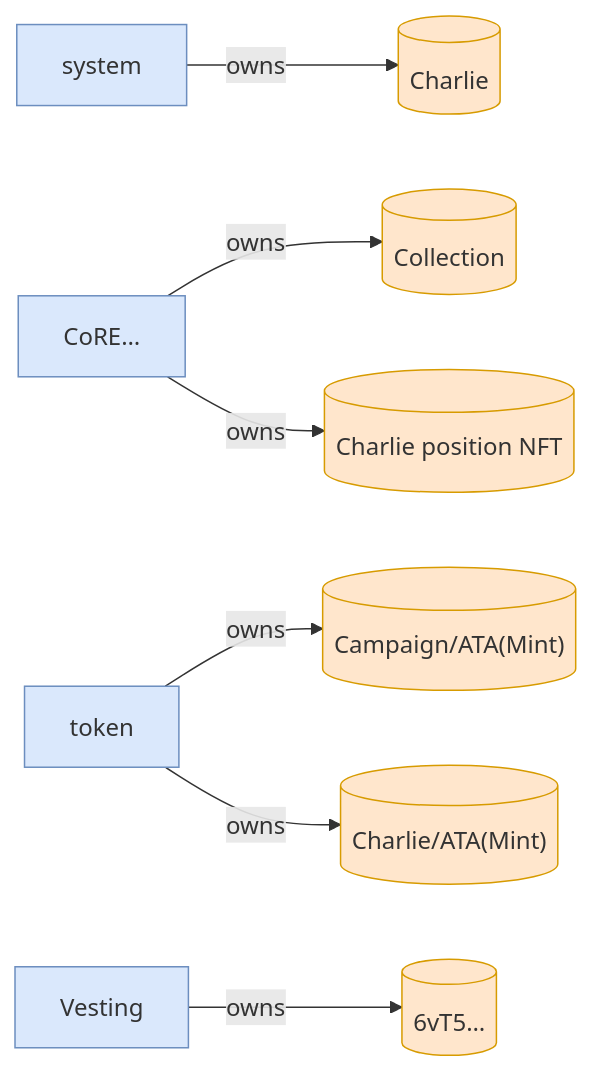
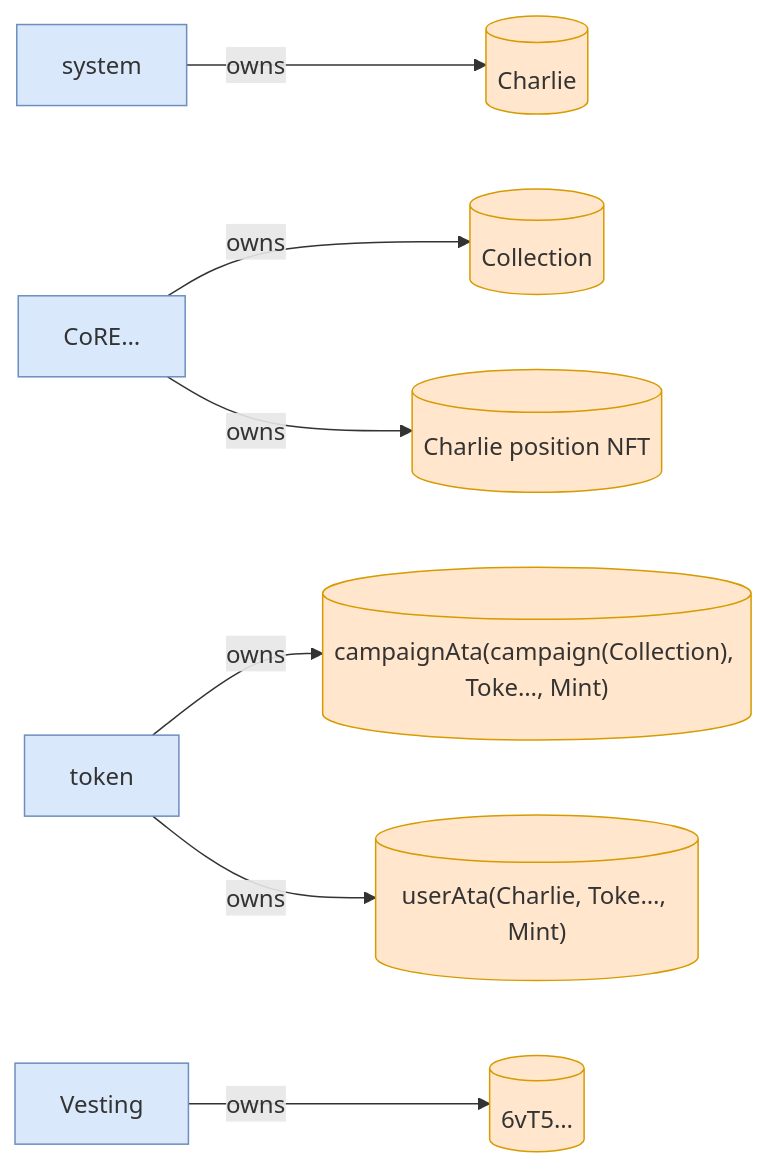
One commit to cds-turbin3/vesting-position changed diagram 27 of 36 in babelfish-tests/test-report/full_lifecycle.md. Above: the diagram before and after it, drawn with Mermaid. The commit also changed other lines of this file and 51 other files, not shown here.

````diff
--- a/babelfish-tests/test-report/full_lifecycle.md
+++ b/babelfish-tests/test-report/full_lifecycle.md
@@ -1100,22 +1041,22 @@
 ```mermaid
 flowchart LR
     system["system"]:::program
     Charlie[("Charlie")]:::state
     CoRE["CoRE…"]:::program
     Collection[("Collection")]:::state
     token["token"]:::program
-    CampaignATAMint[("Campaign/ATA(Mint)")]:::state
-    CharlieATAMint[("Charlie/ATA(Mint)")]:::state
+    campaignAtacampaignCollectionTokeMint[("campaignAta(campaign(Collection), Toke…, Mint)")]:::state
+    userAtaCharlieTokeMint[("userAta(Charlie, Toke…, Mint)")]:::state
     CharliepositionNFT[("Charlie position NFT")]:::state
     Vesting["Vesting"]:::program
     6vT5[("6vT5…")]:::state
     system -->|owns| Charlie
     CoRE -->|owns| Collection
-    token -->|owns| CampaignATAMint
-    token -->|owns| CharlieATAMint
+    token -->|owns| campaignAtacampaignCollectionTokeMint
+    token -->|owns| userAtaCharlieTokeMint
     CoRE -->|owns| CharliepositionNFT
     Vesting -->|owns| 6vT5
     classDef program fill:#dae8fc,stroke:#6c8ebf;
     classDef signer fill:#d5e8d4,stroke:#82b366;
     classDef state fill:#ffe6cc,stroke:#d79b00;
 ```
````
